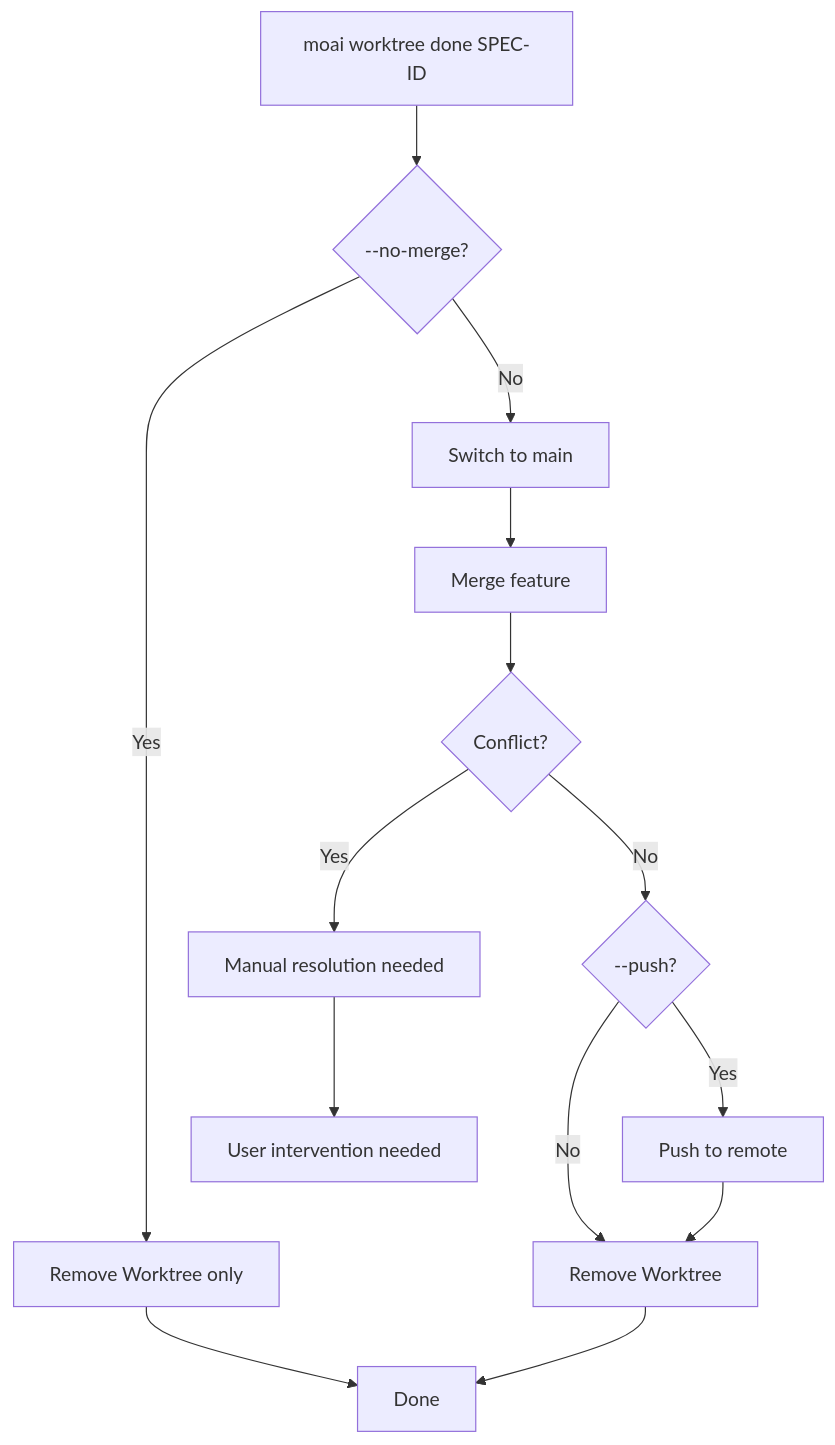
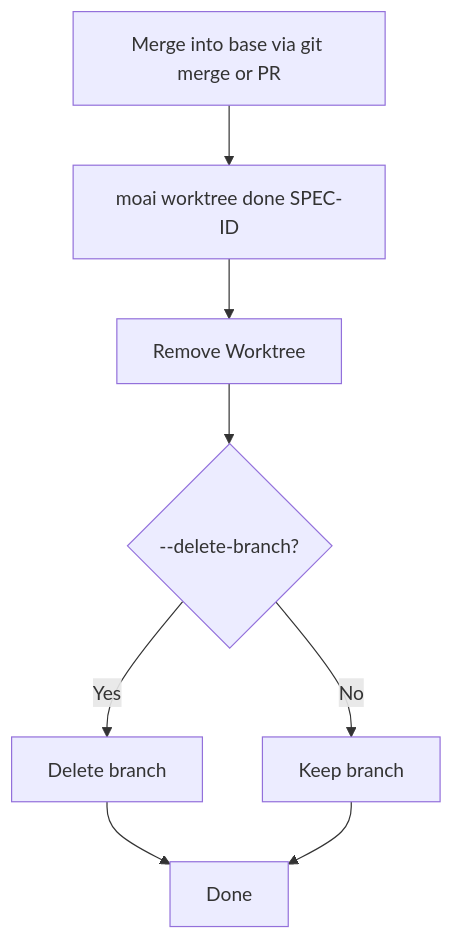
One commit to modu-ai/moai-adk changed the fifth of 9 diagrams in docs-site/content/en/worktree/faq.md. Above: the diagram before and after it, drawn with Mermaid. The commit also changed other lines of this file and 180 other files, not shown here.

````diff
--- a/docs-site/content/en/worktree/faq.md
+++ b/docs-site/content/en/worktree/faq.md
@@ -225,16 +220,10 @@
 ```mermaid
 flowchart TD
-    A[moai worktree done SPEC-ID] --> B{--no-merge?}
-    B -->|Yes| C[Remove Worktree only]
-    B -->|No| D[Switch to main]
-    D --> E[Merge feature]
-    E --> F{Conflict?}
-    F -->|Yes| G[Manual resolution needed]
-    F -->|No| H{--push?}
-    H -->|Yes| I[Push to remote]
-    H -->|No| J[Remove Worktree]
-    I --> J
-    C --> K[Done]
-    J --> K
-    G --> L[User intervention needed]
+    A[Merge into base via git merge or PR] --> B[moai worktree done SPEC-ID]
+    B --> C[Remove Worktree]
+    C --> D{--delete-branch?}
+    D -->|Yes| E[Delete branch]
+    D -->|No| F[Keep branch]
+    E --> G[Done]
+    F --> G[Done]
 ```
````
